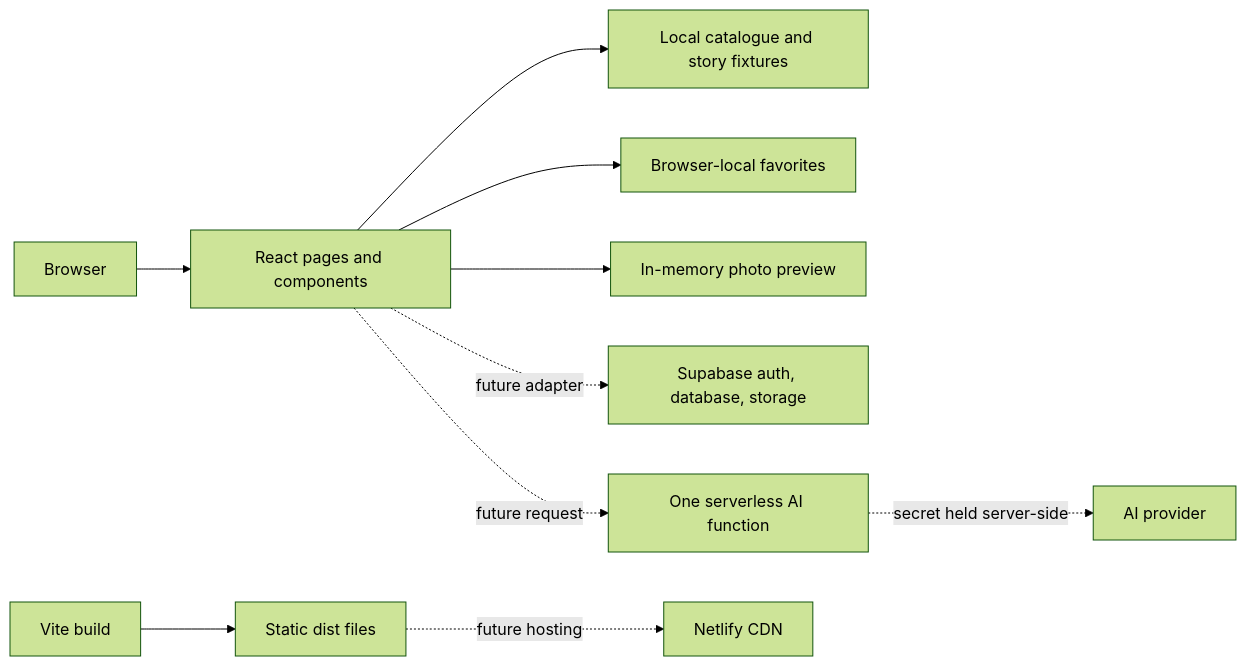
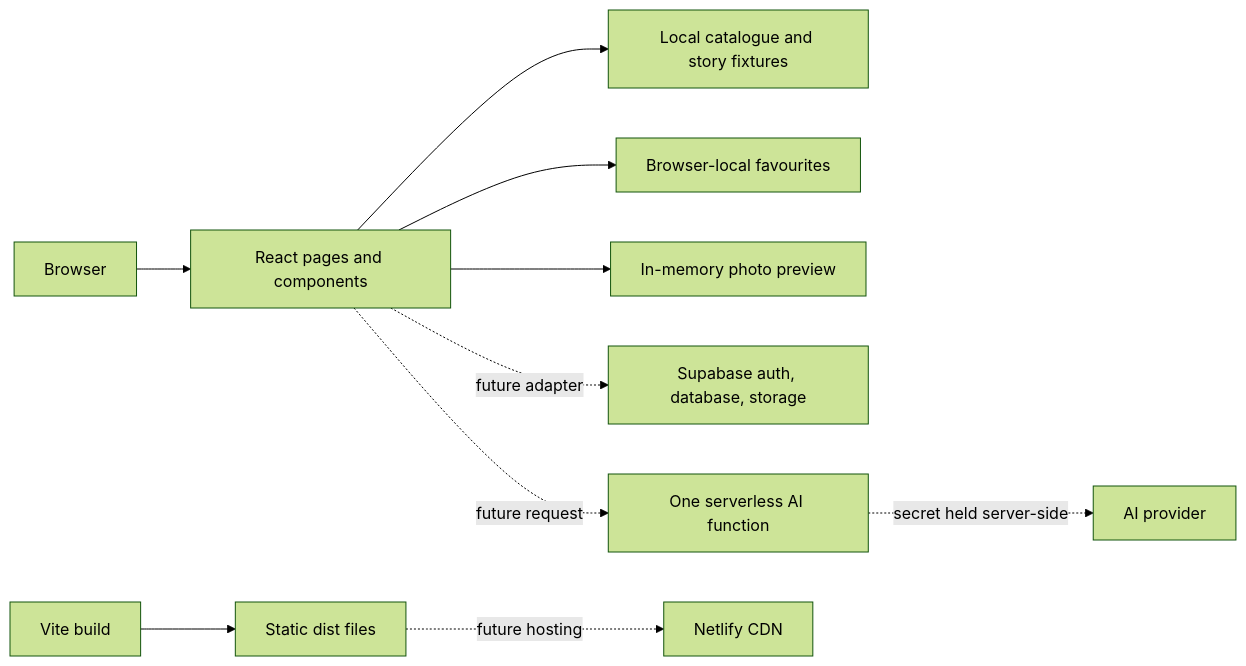
Before and after one commit to jundoopop/loomstory-proto-fe: the first of 2 diagrams in docs/architecture.md, drawn with Mermaid (forest theme). The commit also changed other lines of this file and 37 other files, not shown here.

````diff
--- a/docs/architecture.md
+++ b/docs/architecture.md
@@ -7,12 +7,12 @@
 ```mermaid
 flowchart LR
     Visitor[Browser] --> UI[React pages and components]
     UI --> Catalog[Local catalogue and story fixtures]
-    UI --> Favorites[Browser-local favorites]
+    UI --> Favorites[Browser-local favourites]
     UI --> Photos[In-memory photo preview]
     Vite[Vite build] --> Bundle[Static dist files]
     Bundle -. future hosting .-> CDN[Netlify CDN]
     UI -. future adapter .-> SB[Supabase auth, database, storage]
     UI -. future request .-> Function[One serverless AI function]
     Function -. secret held server-side .-> AI[AI provider]
 ```
````
